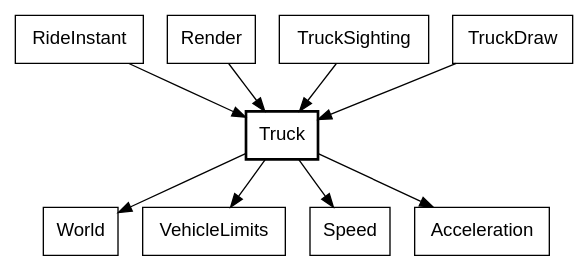
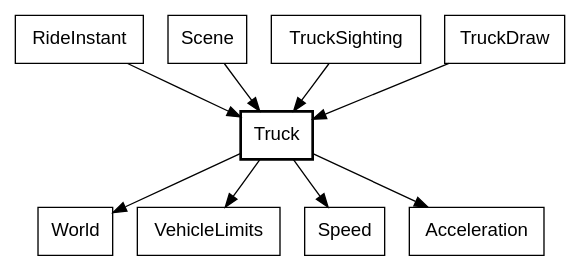
Diagram 16 of 19 in canvas_apps/safari/tutorial/tutorial.md (showell/roc-apps), drawn with Graphviz before and after one commit. The commit also changed other lines of this file and 5 other files, not shown here.

First line of the commit message:
safari: Render becomes Scene

````diff
--- a/canvas_apps/safari/tutorial/tutorial.md
+++ b/canvas_apps/safari/tutorial/tutorial.md
@@ -994,14 +994,14 @@
 ```dot
 digraph truck {
   node [shape=box, fontname="Helvetica"];
   Truck [style=bold];
   RideInstant -> Truck;
-  Render -> Truck;
+  Scene -> Truck;
   TruckSighting -> Truck;
   TruckDraw -> Truck;
   Truck -> World;
   Truck -> VehicleLimits;
   Truck -> Speed;
   Truck -> Acceleration;
 }
 ```
````
